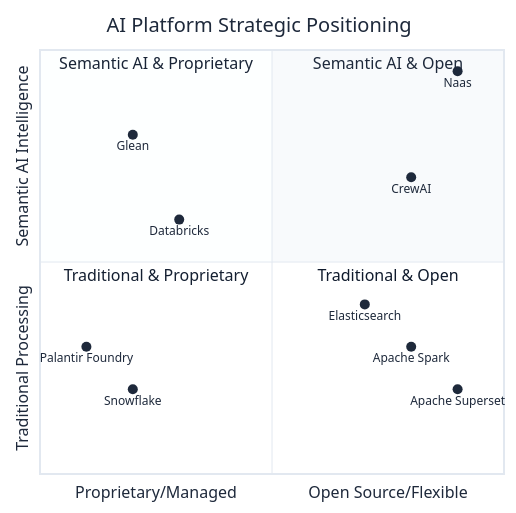
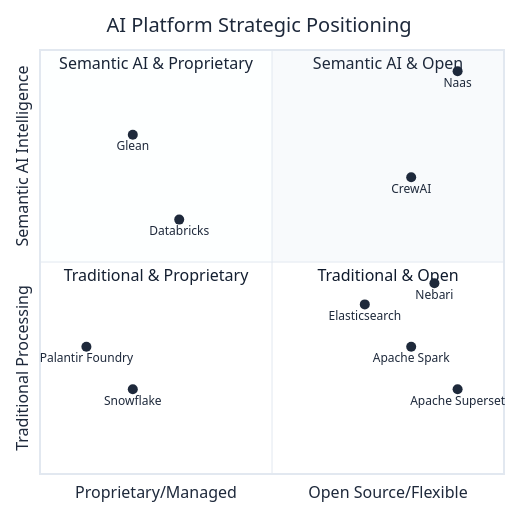
Before and after one commit to jupyter-naas/docs: the diagram in site/docs/scale/platform-comparisons/overview.md, drawn with Mermaid. The commit also changed other lines of this file and 1 other file, not shown here.

First line of the commit message:
feat: Add Nebari platform comparison and integration insights

````diff
--- a/site/docs/scale/platform-comparisons/overview.md
+++ b/site/docs/scale/platform-comparisons/overview.md
@@ -19,22 +19,23 @@
 ```mermaid
 %%{init: {'theme':'base', 'themeVariables': {'primaryColor': '#f8fafc', 'primaryTextColor': '#1e293b', 'primaryBorderColor': '#e2e8f0', 'lineColor': '#64748b'}}}%%
 quadrantChart
     title AI Platform Strategic Positioning
     x-axis Proprietary/Managed --> Open Source/Flexible
     y-axis Traditional Processing --> Semantic AI Intelligence
     
     quadrant-1 Semantic AI & Open
     quadrant-2 Semantic AI & Proprietary
     quadrant-3 Traditional & Proprietary
     quadrant-4 Traditional & Open
     
     Naas: [0.9, 0.95]
     CrewAI: [0.8, 0.7]
     Glean: [0.2, 0.8]
     Palantir Foundry: [0.1, 0.3]
     Databricks: [0.3, 0.6]
     Snowflake: [0.2, 0.2]
     Apache Spark: [0.8, 0.3]
     Elasticsearch: [0.7, 0.4]
     Apache Superset: [0.9, 0.2]
+    Nebari: [0.85, 0.45]
 ```
````
